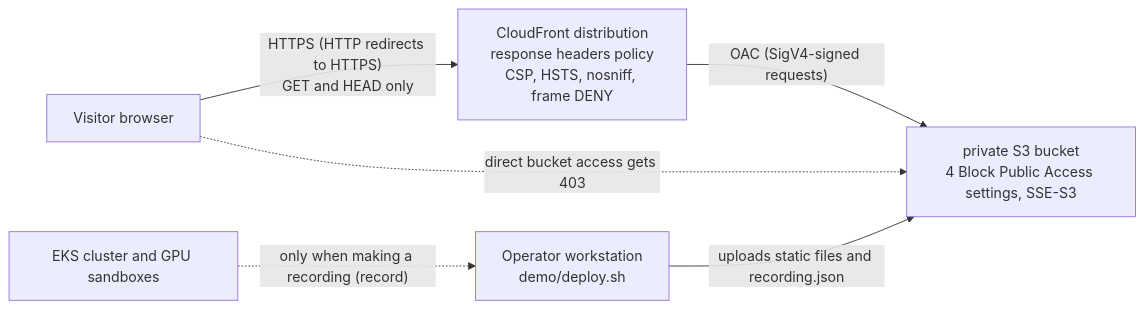
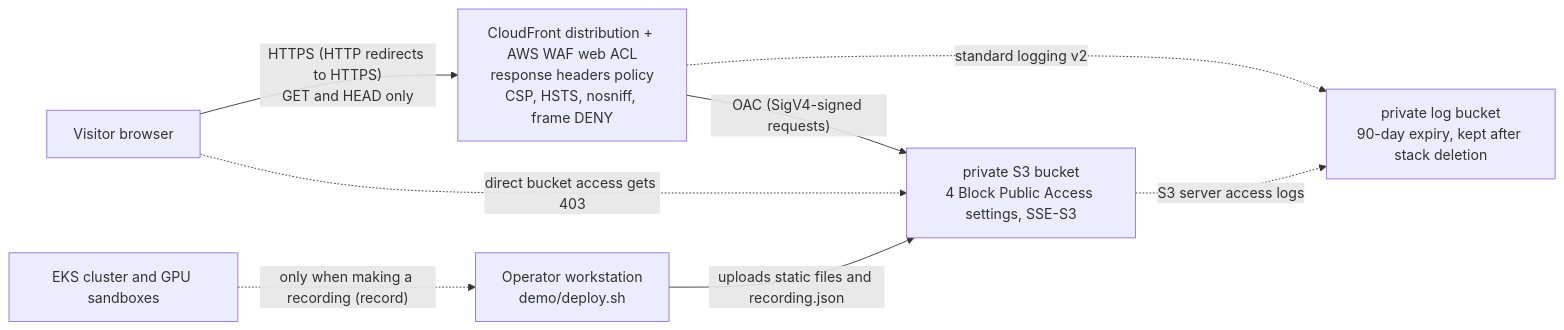
One commit to daekeun-ml/gpu-sandbox-on-aws changed the diagram in docs/handson/09_demo_site.en.md. Above: the diagram before and after it, drawn with Mermaid. The commit also changed other lines of this file and 5 other files, not shown here.

````diff
--- a/docs/handson/09_demo_site.en.md
+++ b/docs/handson/09_demo_site.en.md
@@ -47,8 +47,10 @@
 ```mermaid
 flowchart LR
-    V["Visitor browser"] -->|"HTTPS (HTTP redirects to HTTPS)<br/>GET and HEAD only"| CF["CloudFront distribution<br/>response headers policy<br/>CSP, HSTS, nosniff, frame DENY"]
+    V["Visitor browser"] -->|"HTTPS (HTTP redirects to HTTPS)<br/>GET and HEAD only"| CF["CloudFront distribution + AWS WAF web ACL<br/>response headers policy<br/>CSP, HSTS, nosniff, frame DENY"]
     CF -->|"OAC (SigV4-signed requests)"| S3["private S3 bucket<br/>4 Block Public Access settings, SSE-S3"]
     V -.->|"direct bucket access gets 403"| S3
+    CF -.->|"standard logging v2"| LOG["private log bucket<br/>90-day expiry, kept after stack deletion"]
+    S3 -.->|"S3 server access logs"| LOG
     OP["Operator workstation<br/>demo/deploy.sh"] -->|"uploads static files and recording.json"| S3
     K["EKS cluster and GPU sandboxes"] -.->|"only when making a recording (record)"| OP
 ```
````
